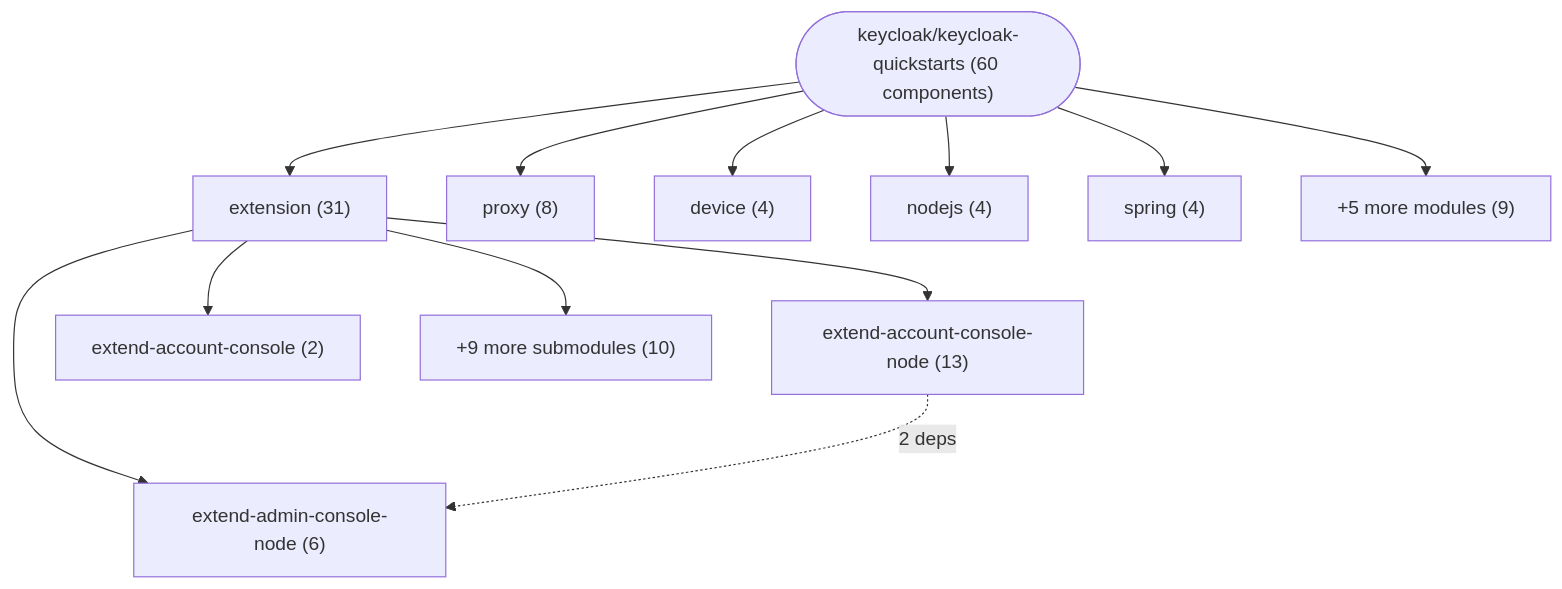
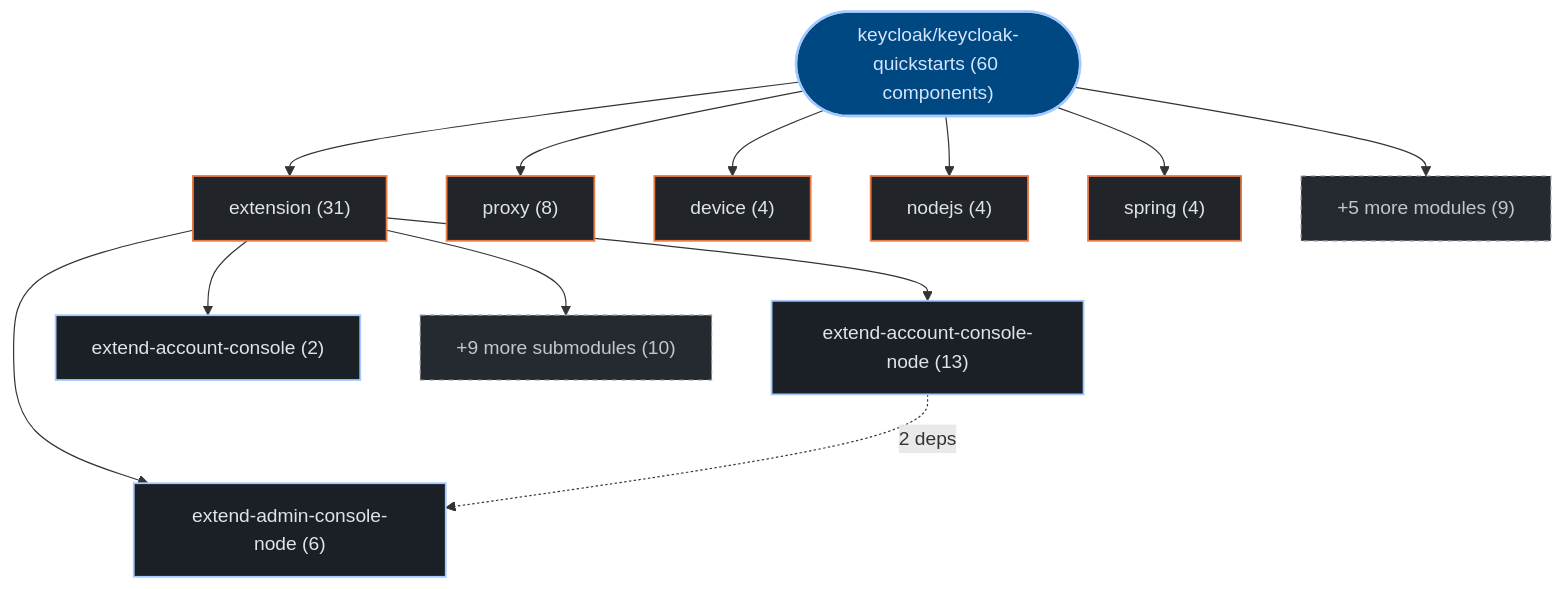
One commit to kumarshaz/atruss-code-atlas changed the first of 3 diagrams in exports/latest/reports/keycloak-keycloak-quickstarts-report.md. Above: the diagram before and after it, drawn with Mermaid. The commit also changed other lines of this file and 331 other files, not shown here.

Commit message:
docs,ui,fix: update SDLC docs, reorder CI/CD DAG first, stylize Mermaid, and fix Arc42 pipeline topology

````diff
--- a/exports/latest/reports/keycloak-keycloak-quickstarts-report.md
+++ b/exports/latest/reports/keycloak-keycloak-quickstarts-report.md
@@ -42,25 +42,32 @@
 ```mermaid
 graph TD;
-    repo_root(["keycloak/keycloak-quickstarts (60 components)"])
-    dir_0_extension["extension (31)"]
+  classDef atlasRoot fill:#004882,stroke:#a3c9ff,stroke-width:2px,color:#d3e4ff
+  classDef atlasCategory fill:#212428,stroke:#E87A48,stroke-width:1.5px,color:#dfe3eb
+  classDef atlasWorkflow fill:#1b2026,stroke:#a3c9ff,stroke-width:1.5px,color:#dfe3eb
+  classDef atlasJob fill:#171c22,stroke:#8d9199,stroke-width:1px,color:#dfe3eb
+  classDef atlasTarget fill:#005227,stroke:#8bd99b,stroke-width:1.5px,color:#a7f6b6
+  classDef atlasAlert fill:#93000a,stroke:#ffb4ab,stroke-width:1.5px,color:#ffdad6
+  classDef atlasMore fill:#252a31,stroke:#8d9199,stroke-dasharray:4 4,color:#c3c6cf
+    repo_root(["keycloak/keycloak-quickstarts (60 components)"]):::atlasRoot
+    dir_0_extension["extension (31)"]:::atlasCategory
     repo_root --> dir_0_extension
-    sub_0_0_extend_account_console_node["extend-account-console-node (13)"]
+    sub_0_0_extend_account_console_node["extend-account-console-node (13)"]:::atlasWorkflow
     dir_0_extension --> sub_0_0_extend_account_console_node
-    sub_0_1_extend_admin_console_node["extend-admin-console-node (6)"]
+    sub_0_1_extend_admin_console_node["extend-admin-console-node (6)"]:::atlasWorkflow
     dir_0_extension --> sub_0_1_extend_admin_console_node
-    sub_0_2_extend_account_console["extend-account-console (2)"]
+    sub_0_2_extend_account_console["extend-account-console (2)"]:::atlasWorkflow
     dir_0_extension --> sub_0_2_extend_account_console
-    sub_0_more["+9 more submodules (10)"]
+    sub_0_more["+9 more submodules (10)"]:::atlasMore
     dir_0_extension --> sub_0_more
-    dir_1_proxy["proxy (8)"]
+    dir_1_proxy["proxy (8)"]:::atlasCategory
     repo_root --> dir_1_proxy
-    dir_2_device["device (4)"]
+    dir_2_device["device (4)"]:::atlasCategory
     repo_root --> dir_2_device
-    dir_3_nodejs["nodejs (4)"]
+    dir_3_nodejs["nodejs (4)"]:::atlasCategory
     repo_root --> dir_3_nodejs
-    dir_4_spring["spring (4)"]
+    dir_4_spring["spring (4)"]:::atlasCategory
     repo_root --> dir_4_spring
-    dir_other_modules["+5 more modules (9)"]
+    dir_other_modules["+5 more modules (9)"]:::atlasMore
     repo_root --> dir_other_modules
     sub_0_0_extend_account_console_node -.->|"2 deps"| sub_0_1_extend_admin_console_node
 ```
````
